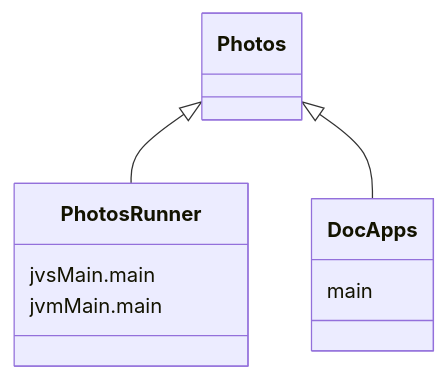
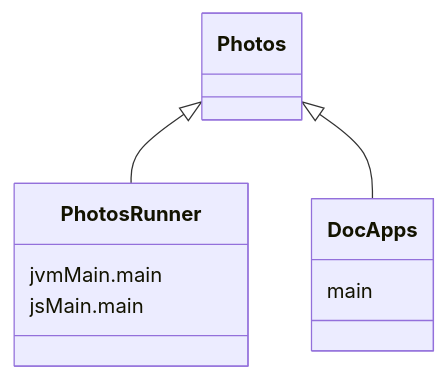
One commit to nacular/doodle-tutorials changed the diagram in site/docs/photos.mdx. Above: the diagram before and after it, drawn with Mermaid. The commit also changed 43 other files, not shown here.

````diff
--- a/site/docs/photos.mdx
+++ b/site/docs/photos.mdx
@@ -32,8 +32,8 @@
 ```mermaid
  classDiagram
       Photos      <|-- PhotosRunner
       Photos      <|-- DocApps
-      PhotosRunner: jvsMain.main
       PhotosRunner: jvmMain.main
+      PhotosRunner: jsMain.main
       DocApps     : main
 ```
````
